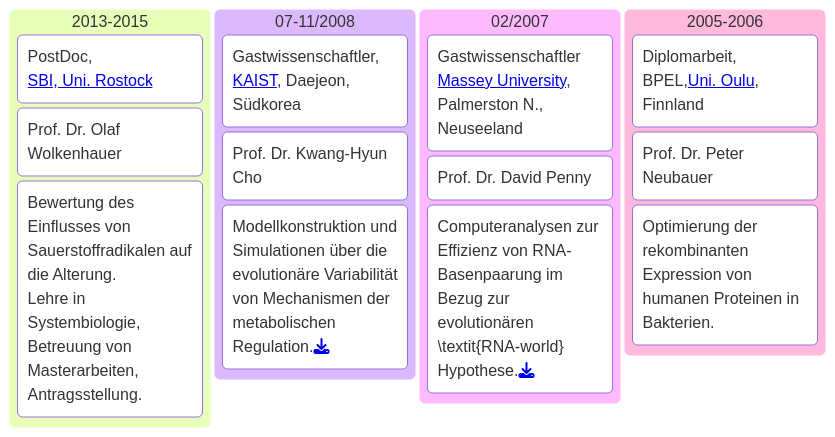
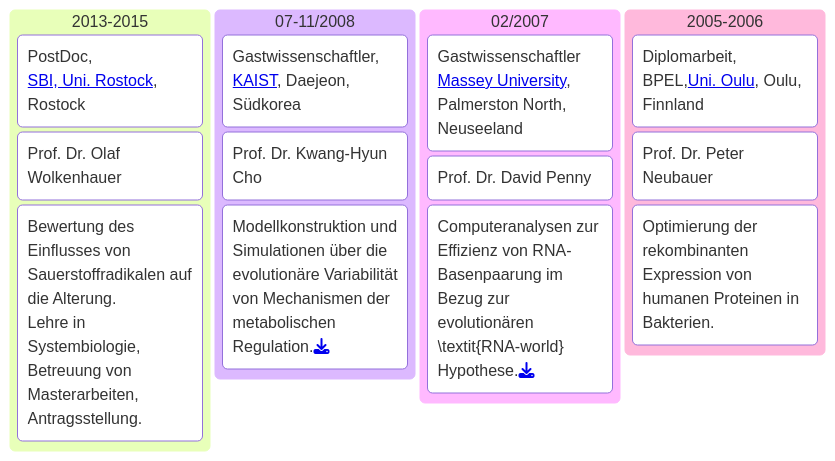
The second of 2 diagrams in _pages/vita.md (uliebal/uliebal.github.io), drawn with Mermaid before and after one commit. The commit also changed other lines of this file, not shown here.

```diff
--- a/_pages/vita.md
+++ b/_pages/vita.md
@@ -135,19 +135,19 @@
 <pre class="mermaid">
 kanban
     SBI["2013-2015"]
-        task1["PostDoc,<br><a href="https://www.sbi.uni-rostock.de/">SBI, Uni. Rostock</a>"]
+        task1["PostDoc,<br><a href="https://www.sbi.uni-rostock.de/">SBI, Uni. Rostock</a>, Rostock"]
         task2["Prof. Dr. Olaf Wolkenhauer"]
         task3["Bewertung des Einflusses von Sauerstoffradikalen auf die Alterung.<br>Lehre in Systembiologie, Betreuung von Masterarbeiten, Antragsstellung."]
     kaist["07-11/2008"]
         task1["Gastwissenschaftler,<br><a href="https://www.kaist.ac.kr/en/">KAIST</a>, Daejeon, Südkorea"]
         task2["Prof. Dr. Kwang-Hyun Cho"]
         task3["Modellkonstruktion und Simulationen über die evolutionäre Variabilität von Mechanismen der metabolischen Regulation.<a href="/assets/Files/2008_KAIST-Report.pdf"><i class="fa-solid fa-download"></i></a>"]
     palmerston["02/2007"]
-        task1["Gastwissenschaftler<br><a href="https://www.massey.ac.nz/">Massey University</a>, Palmerston N., Neuseeland"]
+        task1["Gastwissenschaftler<br><a href="https://www.massey.ac.nz/">Massey University</a>, Palmerston North, Neuseeland"]
         task2["Prof. Dr. David Penny"]
         task3["Computeranalysen zur Effizienz von RNA-Basenpaarung im Bezug zur evolutionären \textit{RNA-world} Hypothese.<a href="/assets/Files/2007_NZ-Report.pdf"><i class="fa-solid fa-download"></i></a>"]
     BPEL["2005-2006"]
-        task1["Diplomarbeit,<br>BPEL,<a href="https://www.oulu.fi/en">Uni. Oulu</a>, Finnland"]
+        task1["Diplomarbeit,<br>BPEL,<a href="https://www.oulu.fi/en">Uni. Oulu</a>, Oulu, Finnland"]
         task2["Prof. Dr. Peter Neubauer"]
         task3["Optimierung der rekombinanten Expression von humanen Proteinen in Bakterien."]
 </pre>
```
